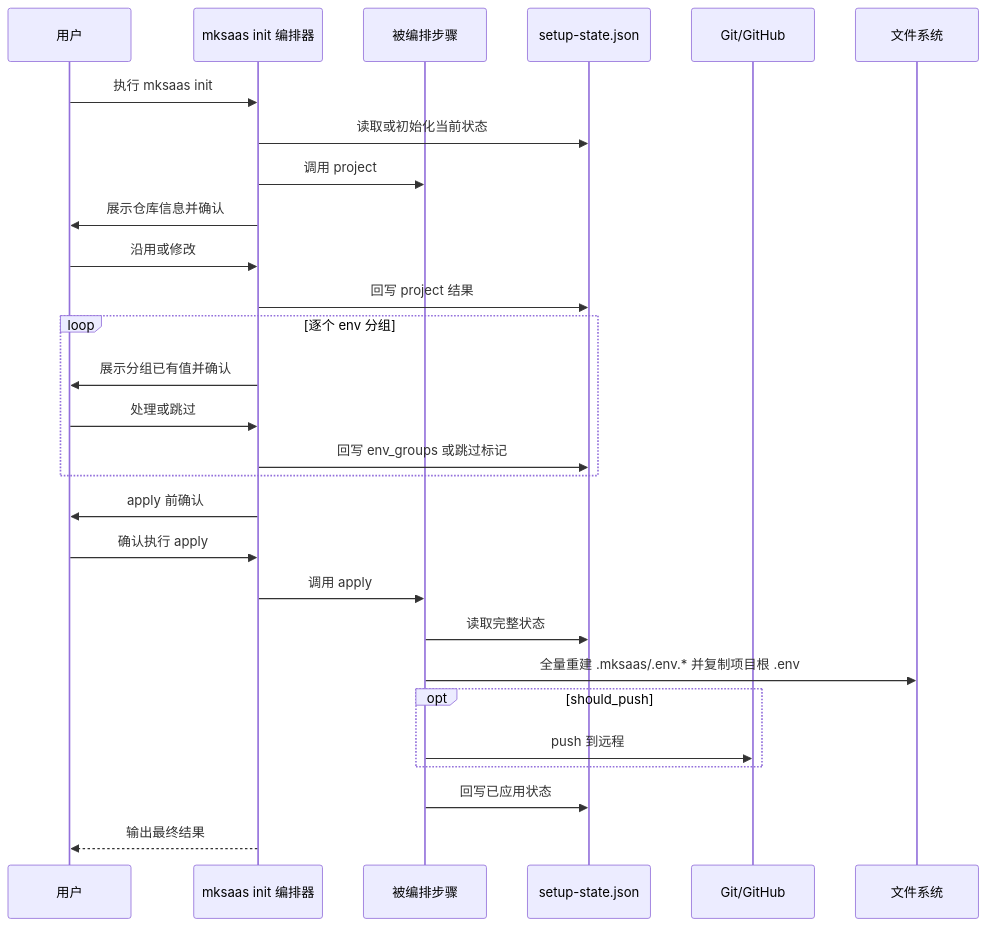
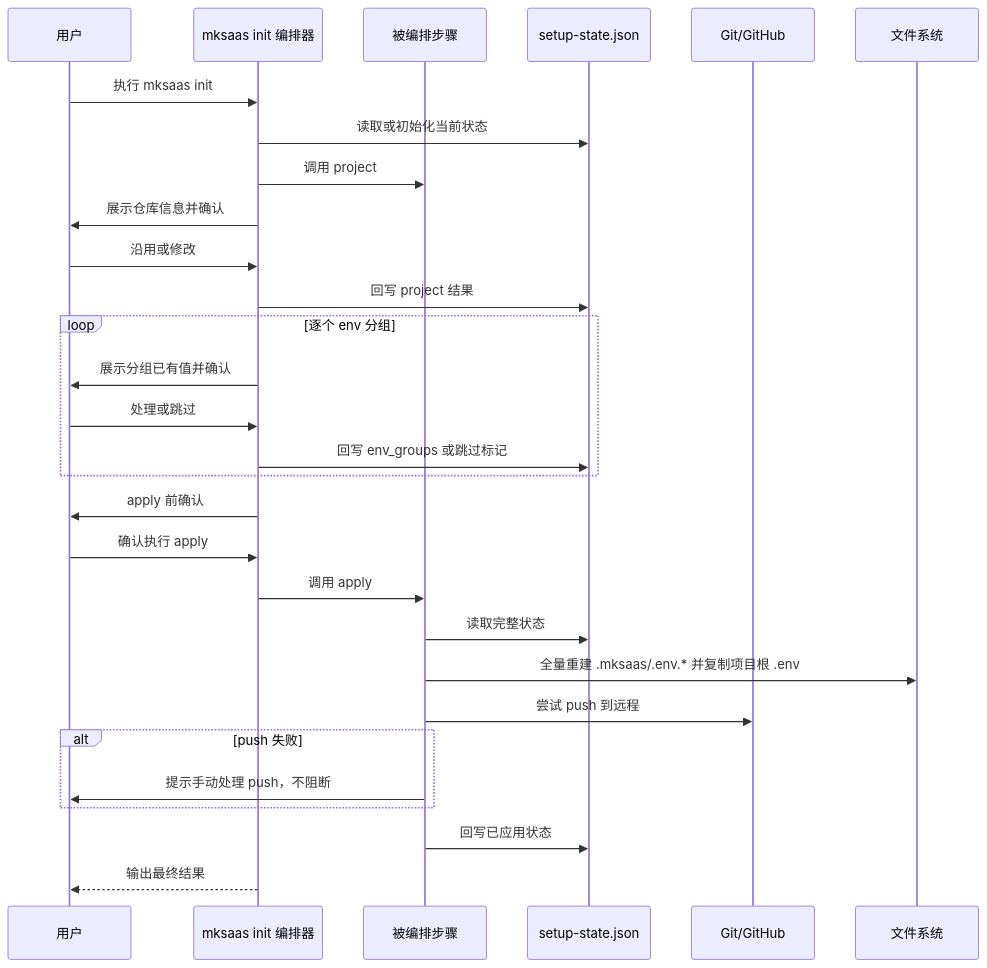
One commit to CaffeineOddity/mksaas_command changed the second of 2 diagrams in docs/REQUIREMENTS.md. Above: the diagram before and after it, drawn with Mermaid. The commit also changed other lines of this file and 38 other files, not shown here.

````diff
--- a/docs/REQUIREMENTS.md
+++ b/docs/REQUIREMENTS.md
@@ -279,31 +282,32 @@
 ```mermaid
 sequenceDiagram
     participant U as 用户
     participant C as mksaas init 编排器
     participant S as 被编排步骤
     participant J as setup-state.json
     participant G as Git/GitHub
     participant F as 文件系统
 
     U->>C: 执行 mksaas init
     C->>J: 读取或初始化当前状态
     C->>S: 调用 project
     C->>U: 展示仓库信息并确认
     U->>C: 沿用或修改
     C->>J: 回写 project 结果
     loop 逐个 env 分组
         C->>U: 展示分组已有值并确认
         U->>C: 处理或跳过
         C->>J: 回写 env_groups 或跳过标记
     end
     C->>U: apply 前确认
     U->>C: 确认执行 apply
     C->>S: 调用 apply
     S->>J: 读取完整状态
     S->>F: 全量重建 .mksaas/.env.* 并复制项目根 .env
-    opt should_push
-        S->>G: push 到远程
+    S->>G: 尝试 push 到远程
+    alt push 失败
+        S->>U: 提示手动处理 push，不阻断
     end
     S->>J: 回写已应用状态
     C-->>U: 输出最终结果
 ```
````
